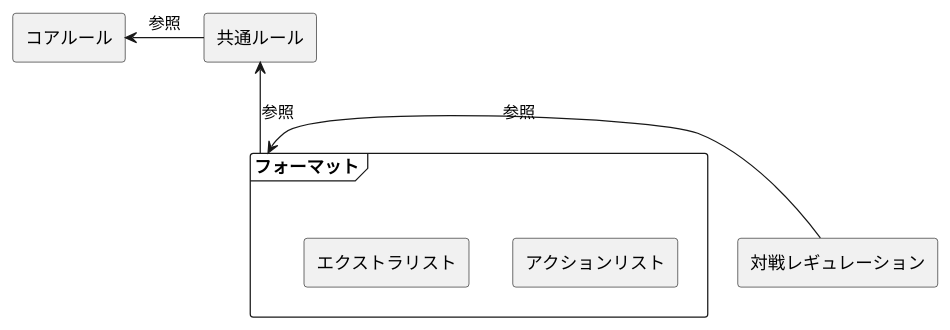
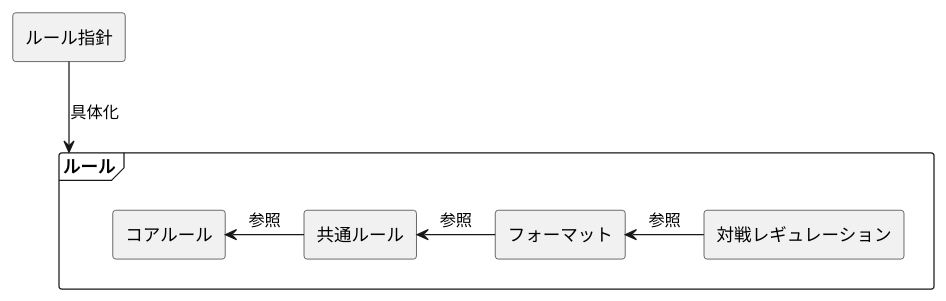
One commit to BlackPoker/BlackPoker changed the diagram in source/init/rule.puml. Above: the diagram before and after it, drawn with PlantUML. The commit also changed 1 other file, not shown here.

```diff
--- a/source/init/rule.puml
+++ b/source/init/rule.puml
@@ -1,13 +1,15 @@
+
+rectangle ルール指針
+
+frame ルール{
 rectangle コアルール as core
 rectangle 共通ルール as common
-
-frame フォーマット as format{
-    rectangle アクションリスト
-    rectangle エクストラリスト
-}
-
+rectangle フォーマット as format
 rectangle 対戦レギュレーション as regulation
 
 core <- common : 参照
-common <-- format : 参照
+common <- format : 参照
 format <- regulation : 参照
+}
+
+ルール指針 --> ルール : 具体化
```
